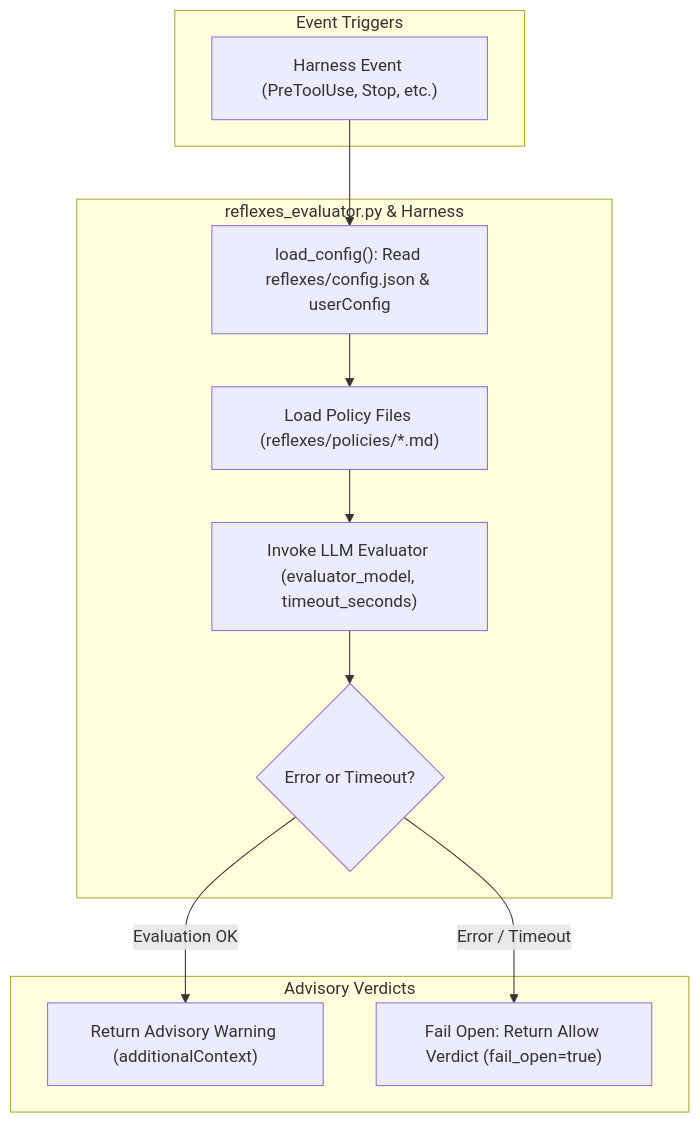
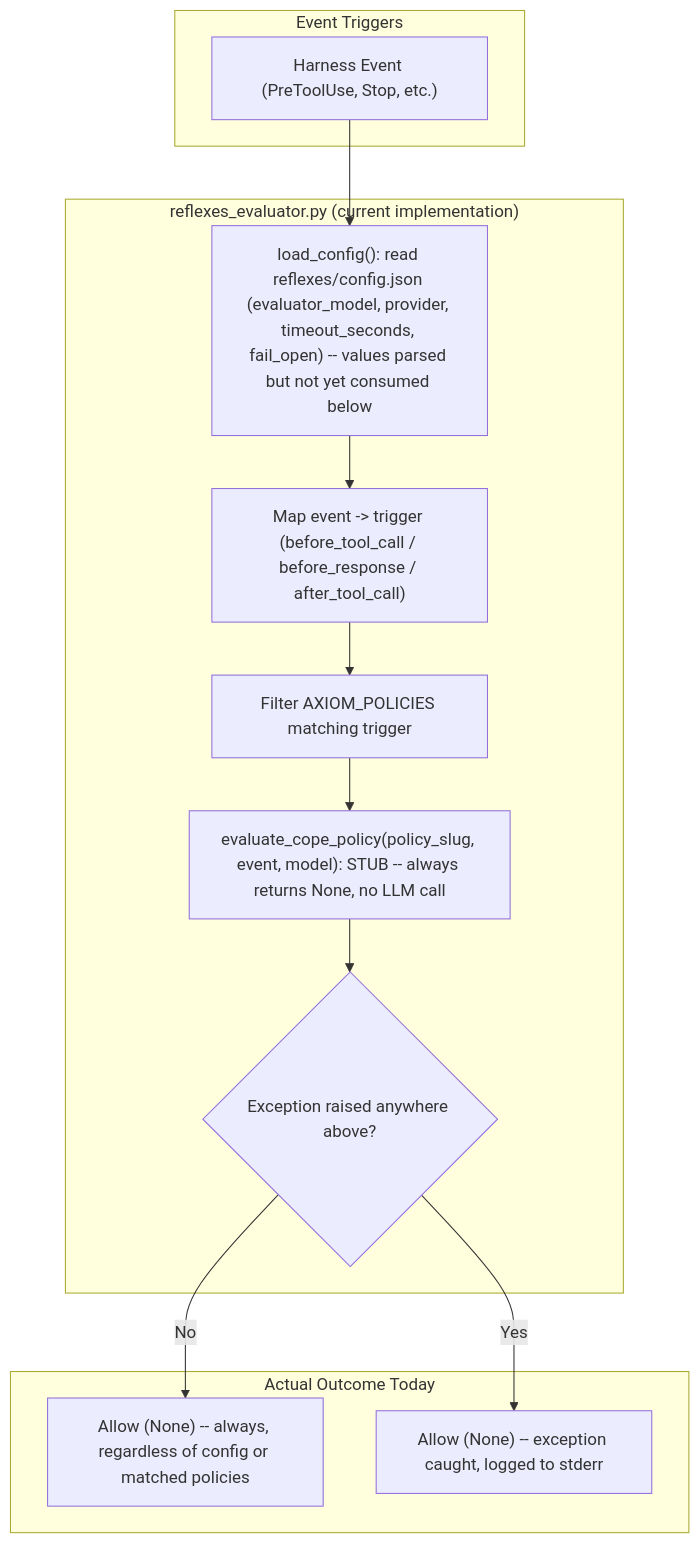
Before and after one commit to nicsuzor/academicOps: the diagram in reflexes-cope/README.md, drawn with Mermaid. The commit also changed other lines of this file and 8 other files, not shown here.

First line of the commit message:
fix(docs): wire or delete dead userConfig knobs, restore honesty convention

````diff
--- a/reflexes-cope/README.md
+++ b/reflexes-cope/README.md
@@ -14,22 +17,23 @@
 ```mermaid
 flowchart TD
     subgraph Triggers ["Event Triggers"]
         E["Harness Event (PreToolUse, Stop, etc.)"]
     end
 
-    subgraph Evaluator ["reflexes_evaluator.py & Harness"]
-        C["load_config(): Read reflexes/config.json & userConfig"]
-        P["Load Policy Files (reflexes/policies/*.md)"]
-        L["Invoke LLM Evaluator (evaluator_model, timeout_seconds)"]
-        F{"Error or Timeout?"}
+    subgraph Evaluator ["reflexes_evaluator.py (current implementation)"]
+        C["load_config(): read reflexes/config.json (evaluator_model, provider, timeout_seconds, fail_open) -- values parsed but not yet consumed below"]
+        T["Map event -> trigger (before_tool_call / before_response / after_tool_call)"]
+        M["Filter AXIOM_POLICIES matching trigger"]
+        S["evaluate_cope_policy(policy_slug, event, model): STUB -- always returns None, no LLM call"]
+        X{"Exception raised anywhere above?"}
     end
 
-    subgraph Verdicts ["Advisory Verdicts"]
-        V1["Return Advisory Warning (additionalContext)"]
-        V2["Fail Open: Return Allow Verdict (fail_open=true)"]
+    subgraph Verdicts ["Actual Outcome Today"]
+        V1["Allow (None) -- always, regardless of config or matched policies"]
+        V2["Allow (None) -- exception caught, logged to stderr"]
     end
 
-    E --> C --> P --> L --> F
-    F -- Evaluation OK --> V1
-    F -- Error / Timeout --> V2
+    E --> C --> T --> M --> S --> X
+    X -- No --> V1
+    X -- Yes --> V2
 ```
````
